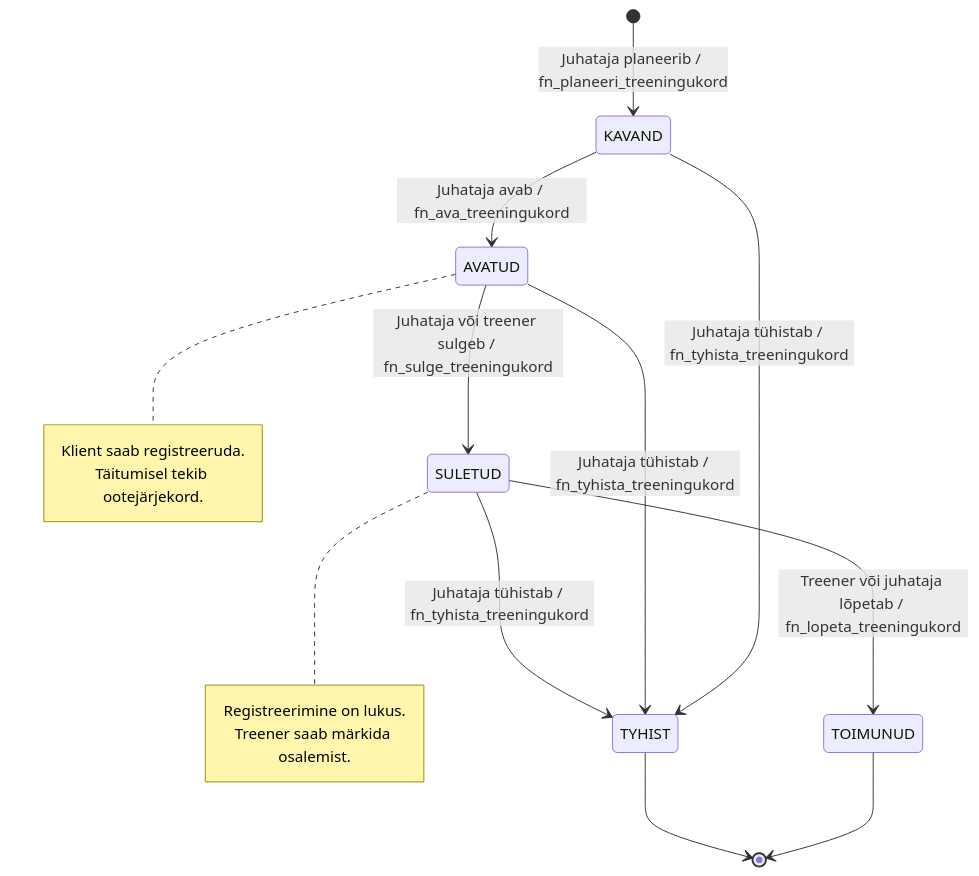
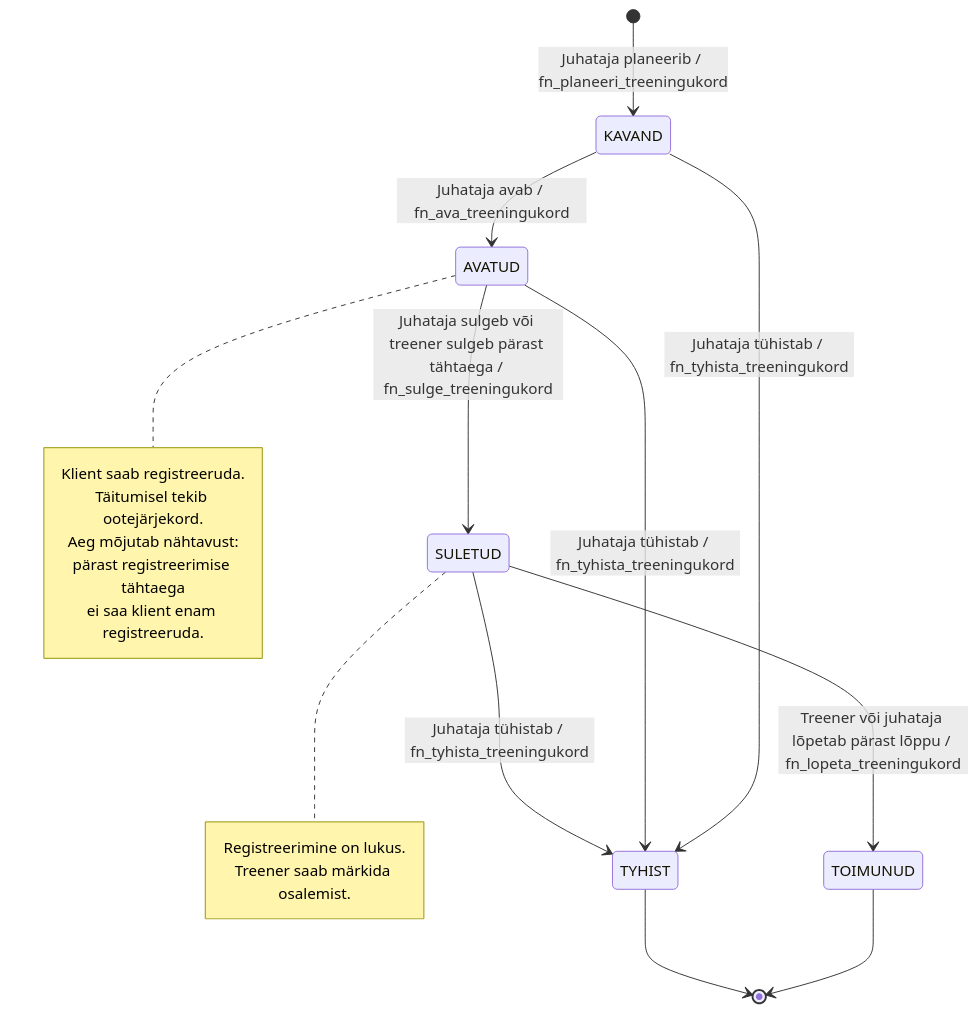
One commit to tamkivi/andmebaasid-projekt changed the diagram in diagrams/05_session_state.mmd. Above: the diagram before and after it, drawn with Mermaid. The commit also changed 26 other files, not shown here.

```diff
--- a/diagrams/05_session_state.mmd
+++ b/diagrams/05_session_state.mmd
@@ -1,19 +1,22 @@
 stateDiagram-v2
     [*] --> KAVAND: Juhataja planeerib / fn_planeeri_treeningukord
     KAVAND --> AVATUD: Juhataja avab / fn_ava_treeningukord
-    AVATUD --> SULETUD: Juhataja või treener sulgeb / fn_sulge_treeningukord
-    SULETUD --> TOIMUNUD: Treener või juhataja lõpetab / fn_lopeta_treeningukord
+    AVATUD --> SULETUD: Juhataja sulgeb või treener sulgeb pärast tähtaega / fn_sulge_treeningukord
+    SULETUD --> TOIMUNUD: Treener või juhataja lõpetab pärast lõppu / fn_lopeta_treeningukord
     KAVAND --> TYHIST: Juhataja tühistab / fn_tyhista_treeningukord
     AVATUD --> TYHIST: Juhataja tühistab / fn_tyhista_treeningukord
     SULETUD --> TYHIST: Juhataja tühistab / fn_tyhista_treeningukord
     TOIMUNUD --> [*]
     TYHIST --> [*]
 
     note right of AVATUD
         Klient saab registreeruda.
         Täitumisel tekib ootejärjekord.
+        Aeg mõjutab nähtavust:
+        pärast registreerimise tähtaega
+        ei saa klient enam registreeruda.
     end note
     note right of SULETUD
         Registreerimine on lukus.
         Treener saab märkida osalemist.
     end note
```
